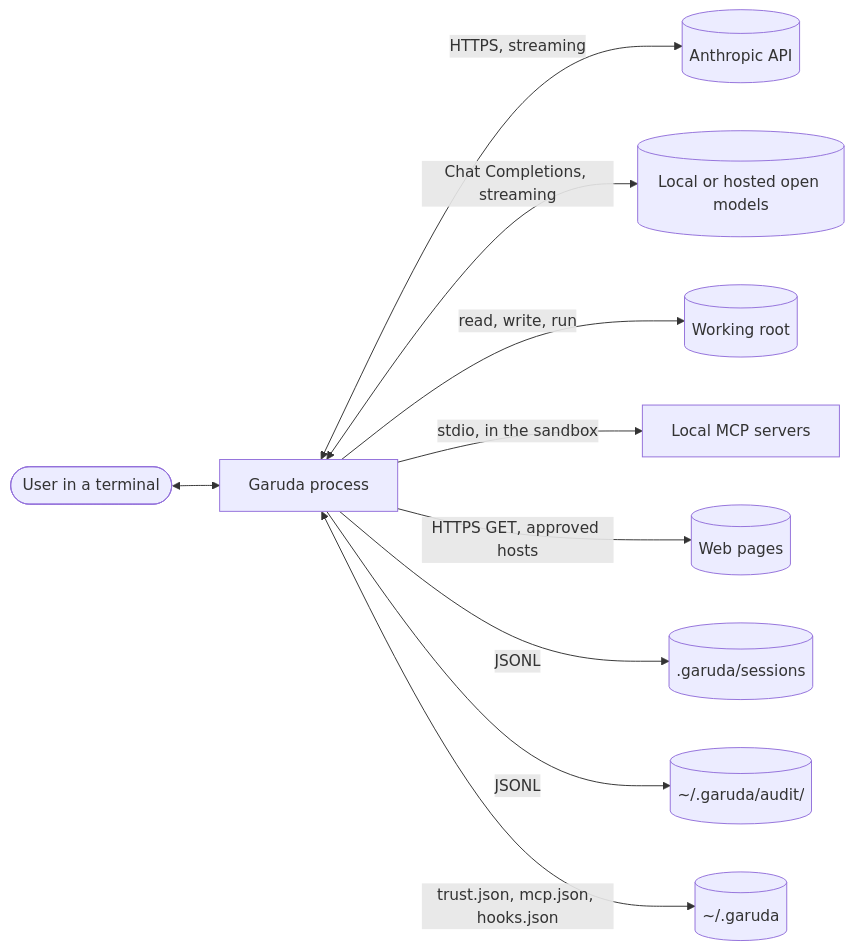
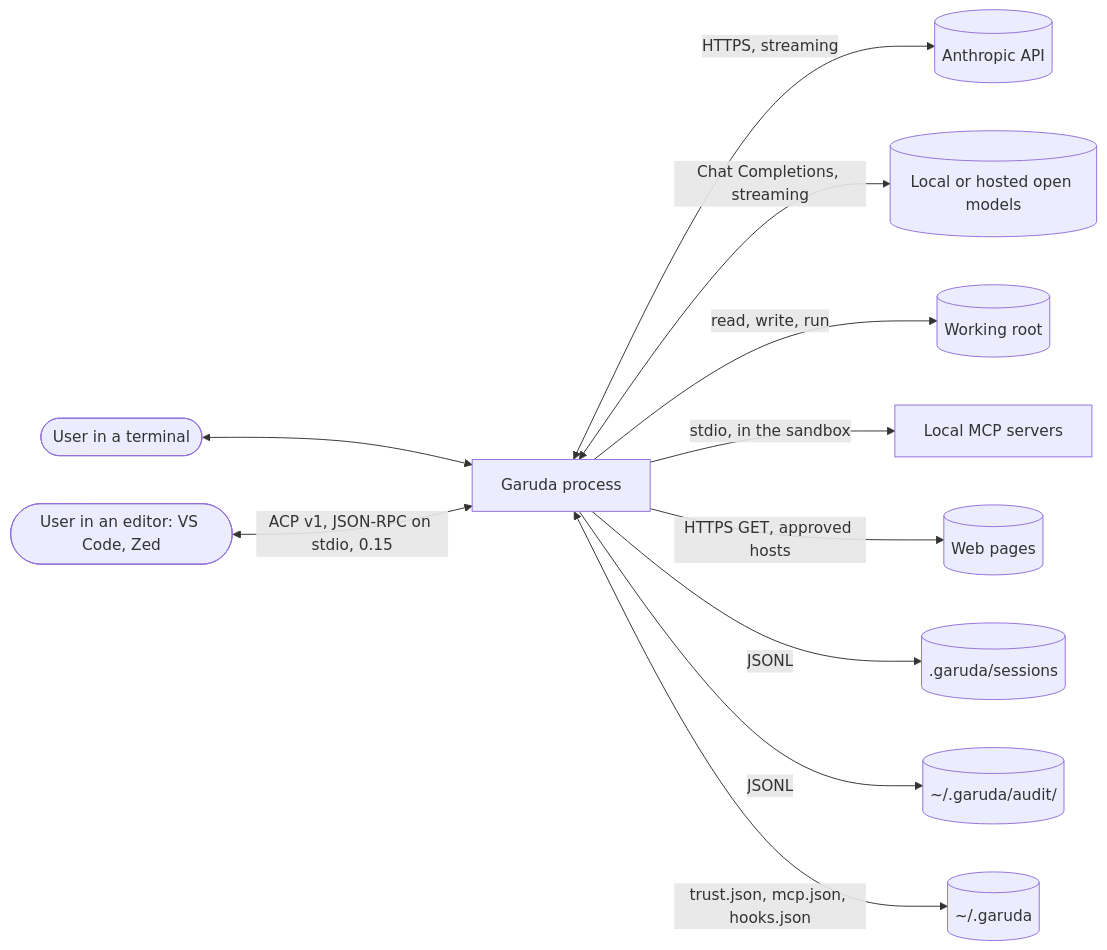
Before and after one commit to madhu-sv/garuda: the first of 3 diagrams in docs/architecture.md, drawn with Mermaid. The commit also changed other lines of this file and 34 other files, not shown here.

First line of the commit message:
Design: editors over ACP (garuda acp), plan and scope of 0.15 (#3)

````diff
--- a/docs/architecture.md
+++ b/docs/architecture.md
@@ -12,12 +12,13 @@
 ```mermaid
 flowchart LR
   user([User in a terminal]) <--> garuda[Garuda process]
+  editor([User in an editor: VS Code, Zed]) <-->|ACP v1, JSON-RPC on stdio, 0.15| garuda
   garuda <-->|HTTPS, streaming| api[(Anthropic API)]
   garuda <-->|Chat Completions, streaming| oss[(Local or hosted open models)]
   garuda -->|read, write, run| repo[(Working root)]
   garuda -->|stdio, in the sandbox| mcp[Local MCP servers]
   garuda -->|HTTPS GET, approved hosts| web[(Web pages)]
   garuda -->|JSONL| sessions[(.garuda/sessions)]
   garuda -->|JSONL| audit[(~/.garuda/audit/)]
   garuda <-->|trust.json, mcp.json, hooks.json| home[(~/.garuda)]
 ```
````
